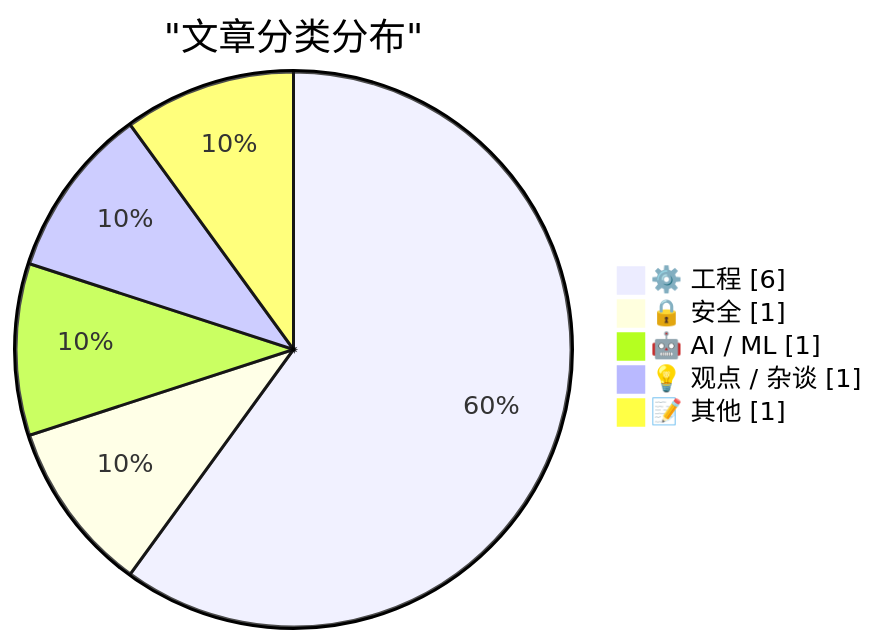
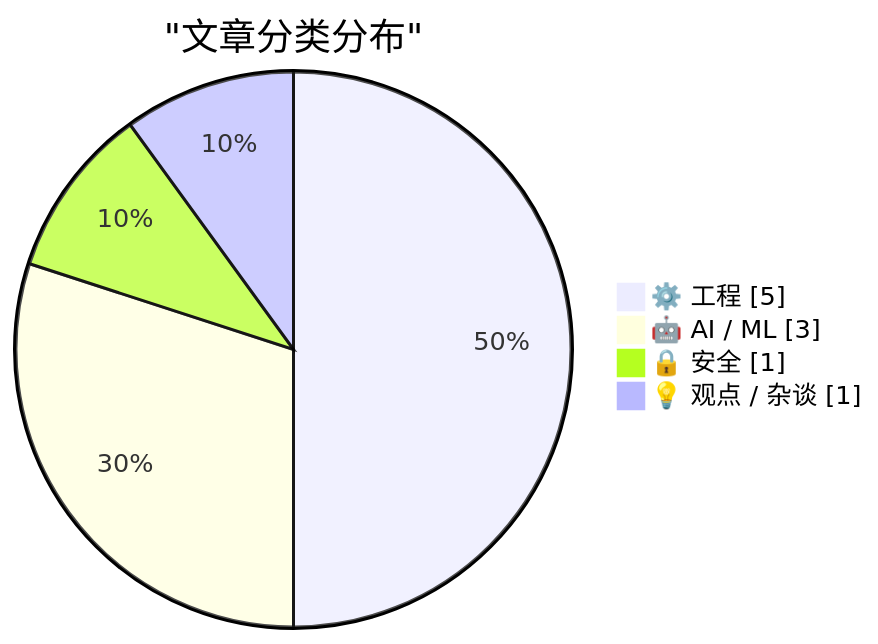
The first of 2 diagrams in content/ai-daily/2026-03-27.md (originem0/SZBlog), drawn with Mermaid before and after one commit. The commit also changed other lines of this file, not shown here.

````diff
--- a/content/ai-daily/2026-03-27.md
+++ b/content/ai-daily/2026-03-27.md
@@ -56,9 +56,8 @@
 ```mermaid
 pie showData
     title "文章分类分布"
-    "⚙️ 工程" : 6
+    "⚙️ 工程" : 5
+    "🤖 AI / ML" : 3
     "🔒 安全" : 1
-    "🤖 AI / ML" : 1
     "💡 观点 / 杂谈" : 1
-    "📝 其他" : 1
 ```
````
